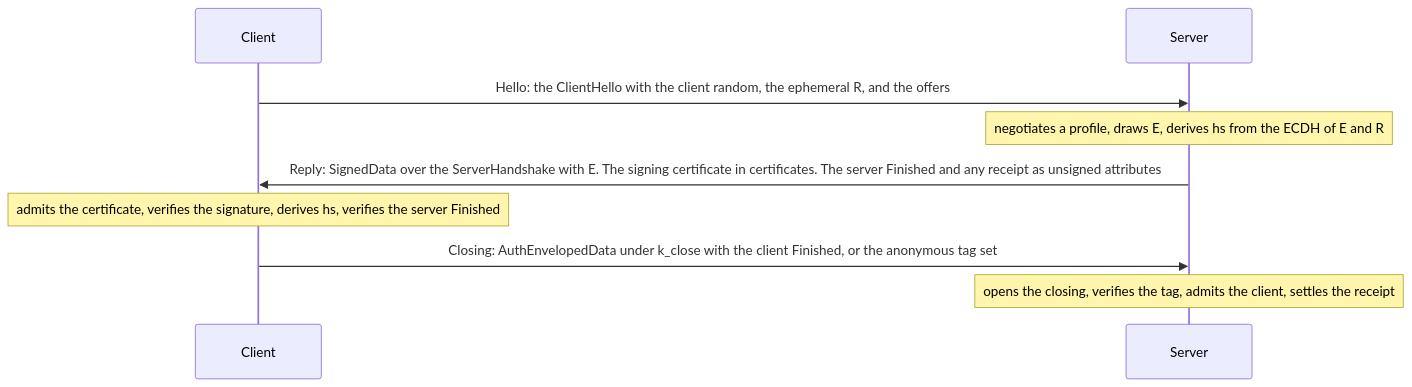
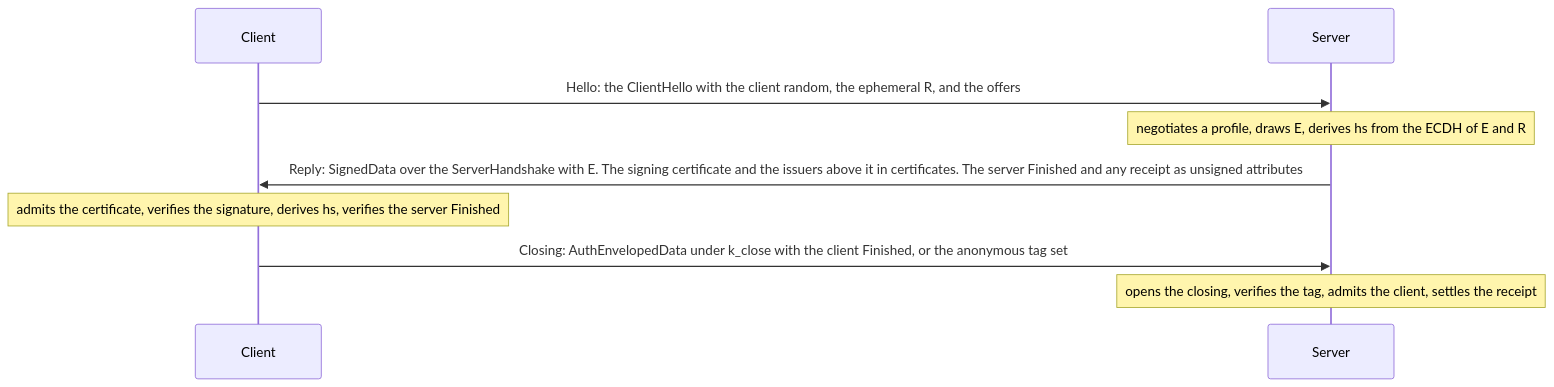
One commit to wahidgroup/tightbeam changed the first of 5 diagrams in docs/handshake.md. Above: the diagram before and after it, drawn with Mermaid. The commit also changed other lines of this file and 112 other files, not shown here.

````diff
--- a/docs/handshake.md
+++ b/docs/handshake.md
@@ -33,11 +33,11 @@
 ```mermaid
 sequenceDiagram
     participant C as Client
     participant S as Server
     C->>S: Hello: the ClientHello with the client random, the ephemeral R, and the offers
     Note over S: negotiates a profile, draws E, derives hs from the ECDH of E and R
-    S->>C: Reply: SignedData over the ServerHandshake with E. The signing certificate in certificates. The server Finished and any receipt as unsigned attributes
+    S->>C: Reply: SignedData over the ServerHandshake with E. The signing certificate and the issuers above it in certificates. The server Finished and any receipt as unsigned attributes
     Note over C: admits the certificate, verifies the signature, derives hs, verifies the server Finished
     C->>S: Closing: AuthEnvelopedData under k_close with the client Finished, or the anonymous tag set
     Note over S: opens the closing, verifies the tag, admits the client, settles the receipt
 ```
````
